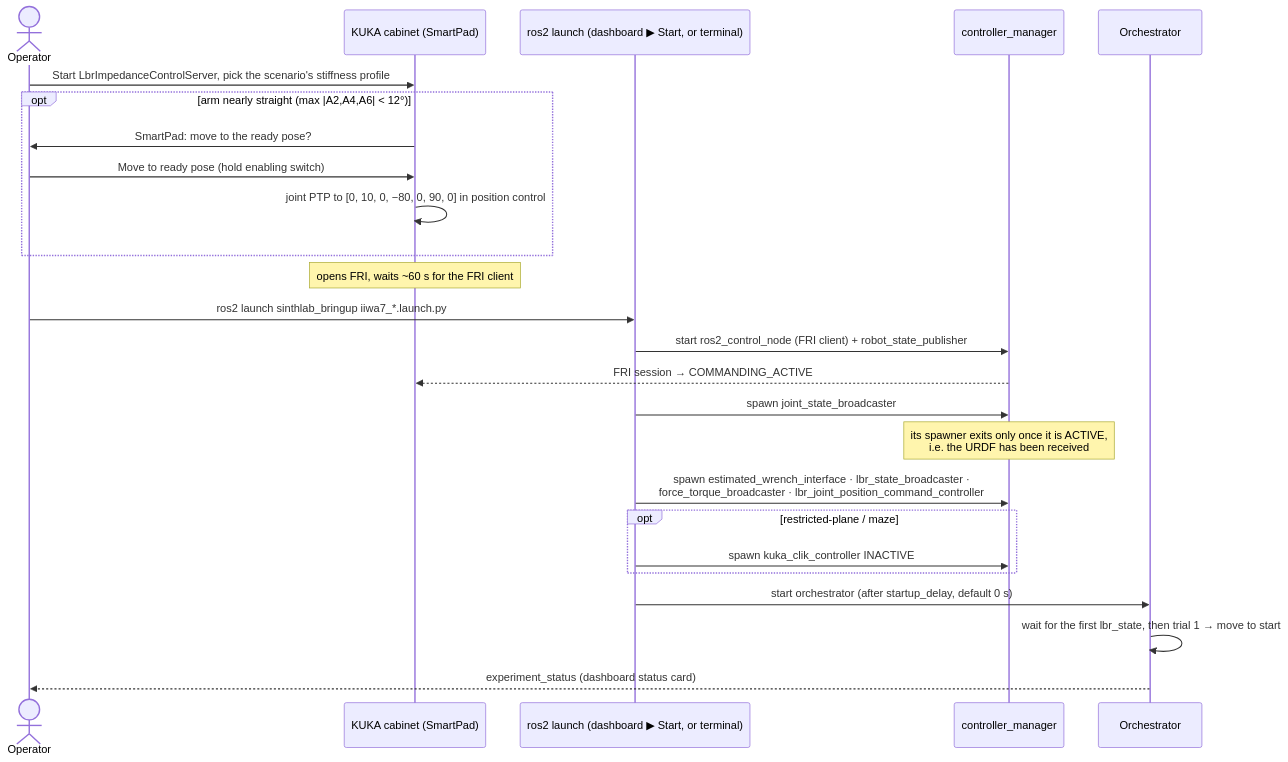
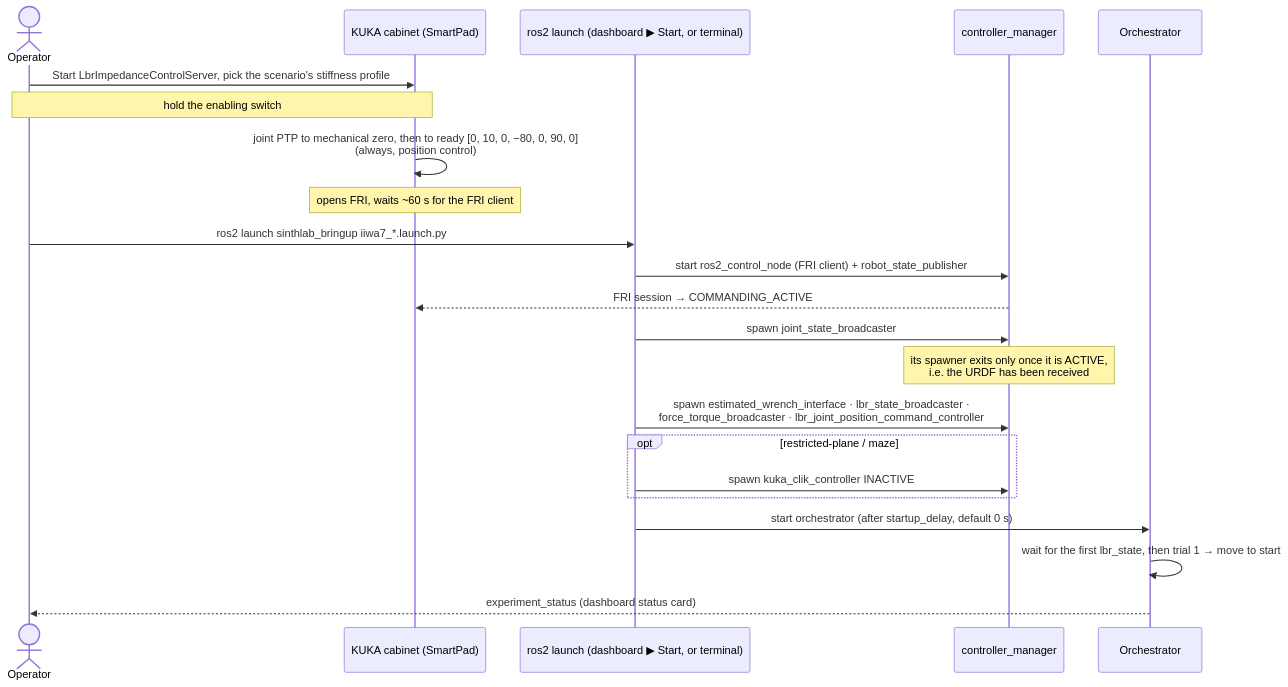
Before and after one commit to sinthlab/sinthlab-kuka-stack: the third of 9 diagrams in README.md, drawn with Mermaid. The commit also changed other lines of this file and 42 other files, not shown here.

````diff
--- a/README.md
+++ b/README.md
@@ -1313,28 +1329,25 @@
 ```mermaid
 sequenceDiagram
     actor Op as Operator
     participant CAB as KUKA cabinet (SmartPad)
     participant ROS as ros2 launch (dashboard ▶ Start, or terminal)
     participant CM as controller_manager
     participant ORCH as Orchestrator
 
     Op->>CAB: Start LbrImpedanceControlServer, pick the scenario's stiffness profile
-    opt arm nearly straight (max |A2,A4,A6| < 12°)
-        CAB->>Op: SmartPad: move to the ready pose?
-        Op->>CAB: Move to ready pose (hold enabling switch)
-        CAB->>CAB: joint PTP to [0, 10, 0, −80, 0, 90, 0] in position control
-    end
+    Note over Op,CAB: hold the enabling switch
+    CAB->>CAB: joint PTP to mechanical zero, then to ready [0, 10, 0, −80, 0, 90, 0]<br/>(always, position control)
     Note over CAB: opens FRI, waits ~60 s for the FRI client
     Op->>ROS: ros2 launch sinthlab_bringup iiwa7_*.launch.py
     ROS->>CM: start ros2_control_node (FRI client) + robot_state_publisher
     CM-->>CAB: FRI session → COMMANDING_ACTIVE
     ROS->>CM: spawn joint_state_broadcaster
     Note over CM: its spawner exits only once it is ACTIVE,<br/>i.e. the URDF has been received
     ROS->>CM: spawn estimated_wrench_interface · lbr_state_broadcaster ·<br/>force_torque_broadcaster · lbr_joint_position_command_controller
     opt restricted-plane / maze
         ROS->>CM: spawn kuka_clik_controller INACTIVE
     end
     ROS->>ORCH: start orchestrator (after startup_delay, default 0 s)
     ORCH->>ORCH: wait for the first lbr_state, then trial 1 → move to start
     ORCH-->>Op: experiment_status (dashboard status card)
 ```
````
